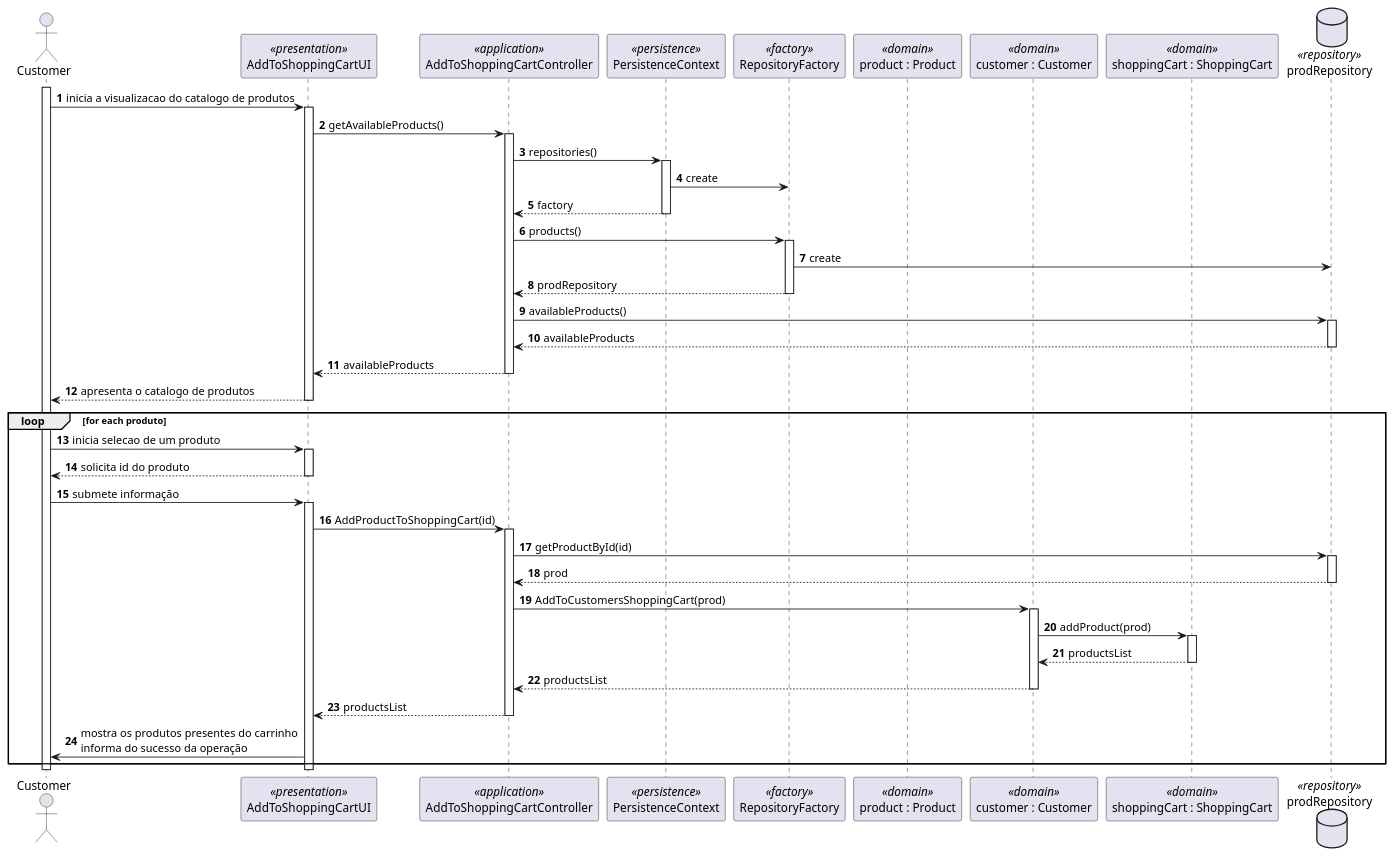
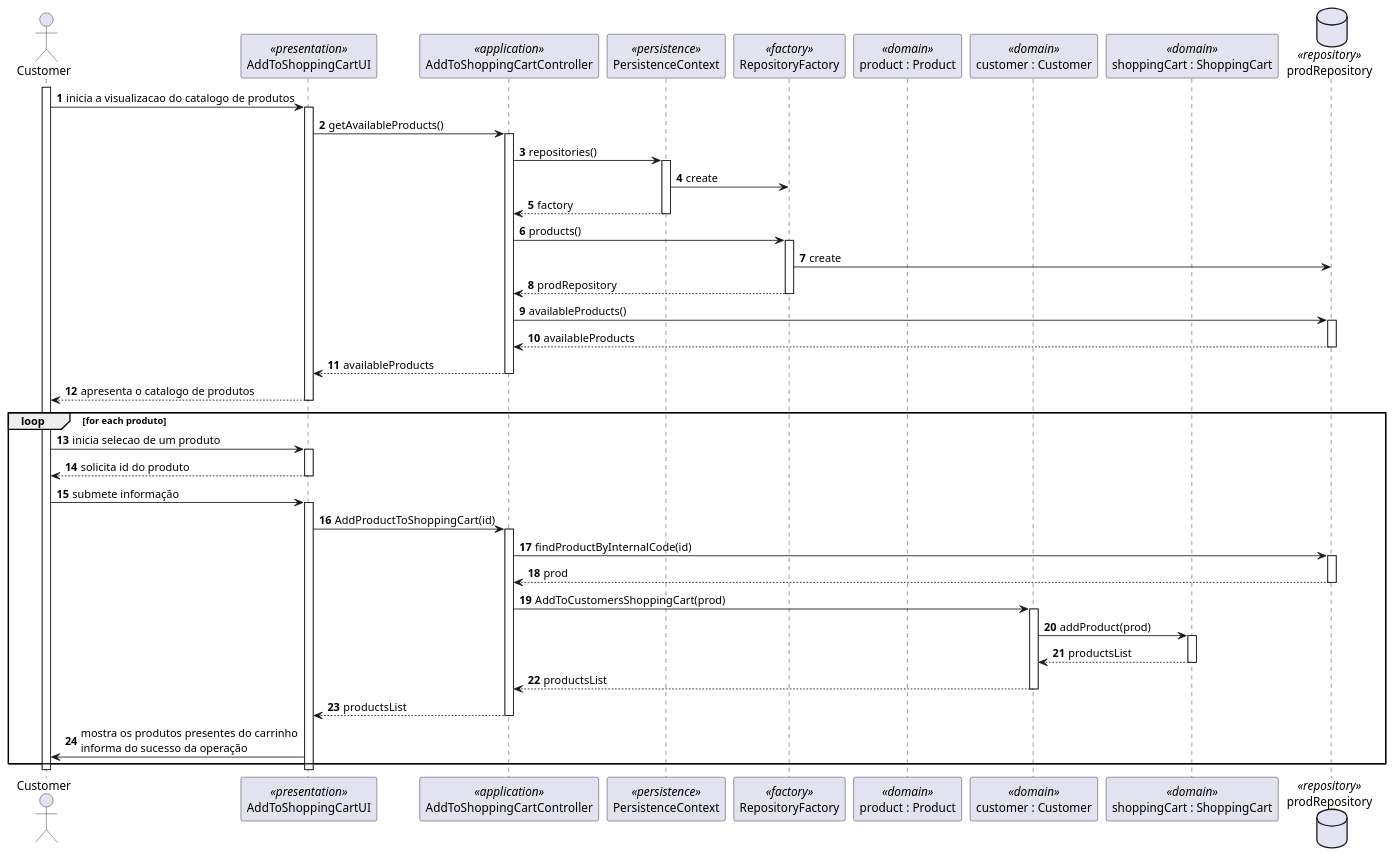
The diagram in Documentação/1190679/US1501/1501_SD.puml (1190772/LAB-Project-4), drawn with PlantUML before and after one commit. The commit also changed 1 other file, not shown here.

```diff
--- a/Documentação/1190679/US1501/1501_SD.puml
+++ b/Documentação/1190679/US1501/1501_SD.puml
@@ -1,66 +1,66 @@
 @startuml
 autonumber
 actor "Customer" as C
 participant "AddToShoppingCartUI" as UI <<presentation>>
 participant "AddToShoppingCartController" as CTRL <<application>>
 participant PersistenceContext as PER <<persistence>>
 participant "RepositoryFactory" as REPOFACT <<factory>>
 participant "product : Product" as PROD <<domain>>
 participant "customer : Customer" as CUST <<domain>>
 participant "shoppingCart : ShoppingCart" as SC <<domain>>
 database "prodRepository" as prodREPO <<repository>>
 
 
 
 activate C
 C -> UI : inicia a visualizacao do catalogo de produtos
 activate UI
 UI -> CTRL : getAvailableProducts()
 activate CTRL
 CTRL -> PER : repositories()
 activate PER
 PER -> REPOFACT : create
 PER --> CTRL : factory
 deactivate PER
 CTRL -> REPOFACT : products()
 activate REPOFACT
 REPOFACT -> prodREPO : create
 REPOFACT --> CTRL : prodRepository
 deactivate REPOFACT
 CTRL -> prodREPO : availableProducts()
 activate prodREPO
 prodREPO --> CTRL : availableProducts
 deactivate prodREPO
 CTRL --> UI : availableProducts
 deactivate CTRL
 UI --> C : apresenta o catalogo de produtos
 deactivate UI
 loop for each produto
 C -> UI : inicia selecao de um produto
 activate UI
 UI --> C : solicita id do produto
 deactivate UI
 C -> UI : submete informação
 activate UI
 UI -> CTRL : AddProductToShoppingCart(id)
 activate CTRL
-CTRL -> prodREPO : getProductById(id)
+CTRL -> prodREPO : findProductByInternalCode(id)
 activate prodREPO
 prodREPO --> CTRL : prod
 deactivate prodREPO
 CTRL -> CUST : AddToCustomersShoppingCart(prod)
 activate CUST
 CUST -> SC : addProduct(prod)
 activate SC
 SC --> CUST : productsList
 deactivate SC
 CUST --> CTRL : productsList
 deactivate CUST
 CTRL --> UI : productsList
 deactivate CTRL
 UI -> C : mostra os produtos presentes do carrinho\ninforma do sucesso da operação
 end
 deactivate UI
 deactivate C
 
 @enduml
```
